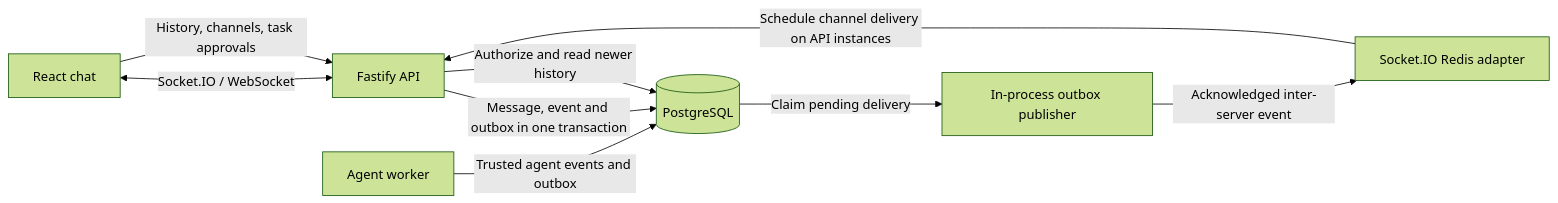
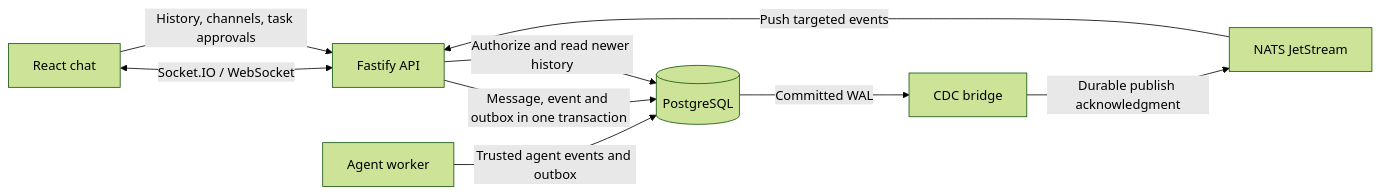
One commit to kai1303/space changed the diagram in docs/architecture/realtime-chat.md. Above: the diagram before and after it, drawn with Mermaid (forest theme). The commit also changed other lines of this file and 188 other files, not shown here.

````diff
--- a/docs/architecture/realtime-chat.md
+++ b/docs/architecture/realtime-chat.md
@@ -9,11 +9,11 @@
 ```mermaid
 flowchart LR
   UI[React chat] <-->|Socket.IO / WebSocket| API[Fastify API]
   UI -->|History, channels, task approvals| API
   API -->|Message, event and outbox in one transaction| DB[(PostgreSQL)]
   Worker[Agent worker] -->|Trusted agent events and outbox| DB
-  DB -->|Claim pending delivery| Publisher[In-process outbox publisher]
-  Publisher -->|Acknowledged inter-server event| Redis[Socket.IO Redis adapter]
-  Redis -->|Schedule channel delivery on API instances| API
+  DB -->|Committed WAL| CDC[CDC bridge]
+  CDC -->|Durable publish acknowledgment| Broker[NATS JetStream]
+  Broker -->|Push targeted events| API
   API -->|Authorize and read newer history| DB
 ```
````
